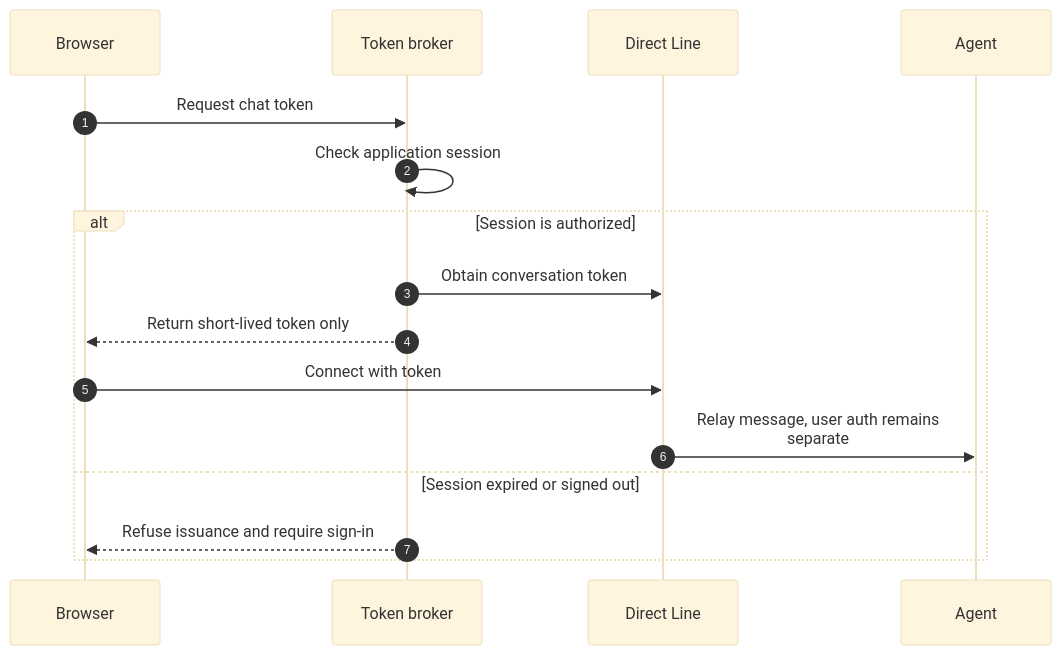
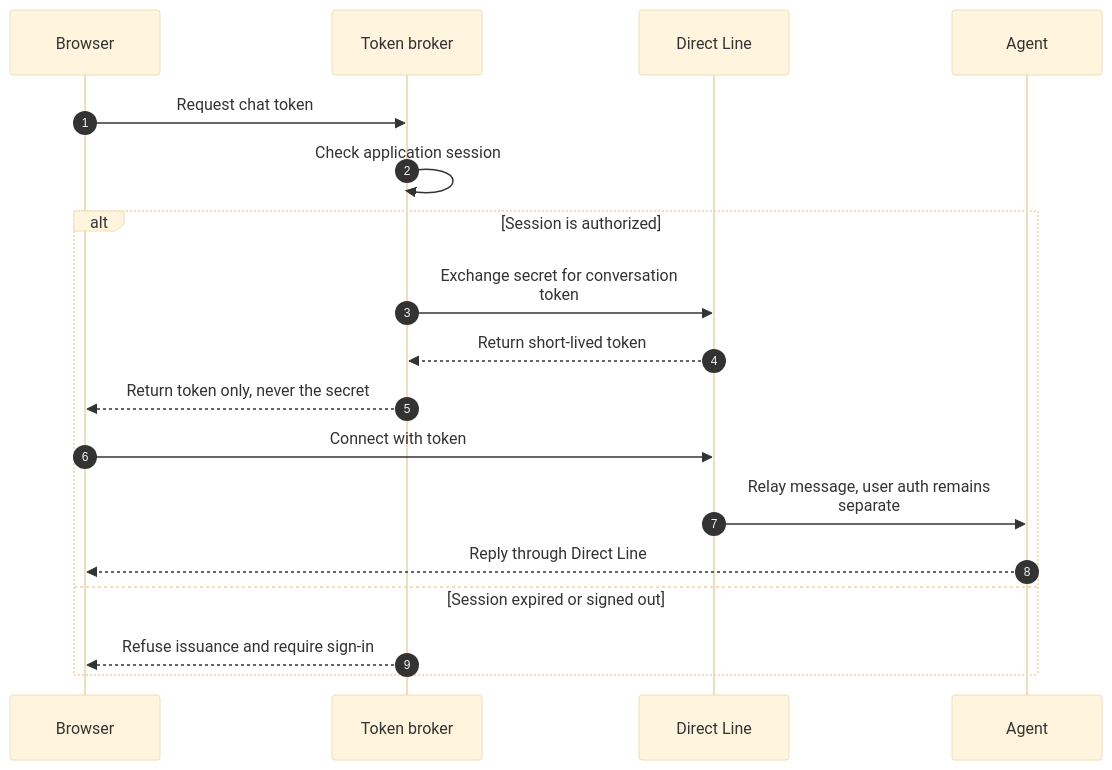
One commit to abhishek-ai-enabler/copilotstudio-architecture-patterns changed the second of 2 diagrams in technical-patterns/secured-web-client.md. Above: the diagram before and after it, drawn with Mermaid (base theme). The commit also changed other lines of this file and 41 other files, not shown here.

First line of the commit message:
Review diagrams: add return paths and fix flow accuracy

````diff
--- a/technical-patterns/secured-web-client.md
+++ b/technical-patterns/secured-web-client.md
@@ -33,19 +35,21 @@
 ```mermaid
 sequenceDiagram
     accTitle: Embed a web client without exposing channel credentials - technical flow
     autonumber
     participant U as Browser
     participant B as Token broker
     participant L as Direct Line
     participant A as Agent
     U->>B: Request chat token
     B->>B: Check application session
     alt Session is authorized
-        B->>L: Obtain conversation token
-        B-->>U: Return short-lived token only
-        U->>L: Connect with token
-        L->>A: Relay message, user auth remains<br/>separate
+      B->>L: Exchange secret for conversation<br/>token
+      L-->>B: Return short-lived token
+      B-->>U: Return token only, never the secret
+      U->>L: Connect with token
+      L->>A: Relay message, user auth remains<br/>separate
+      A-->>U: Reply through Direct Line
     else Session expired or signed out
-        B-->>U: Refuse issuance and require sign-in
+      B-->>U: Refuse issuance and require sign-in
     end
 ```
````
